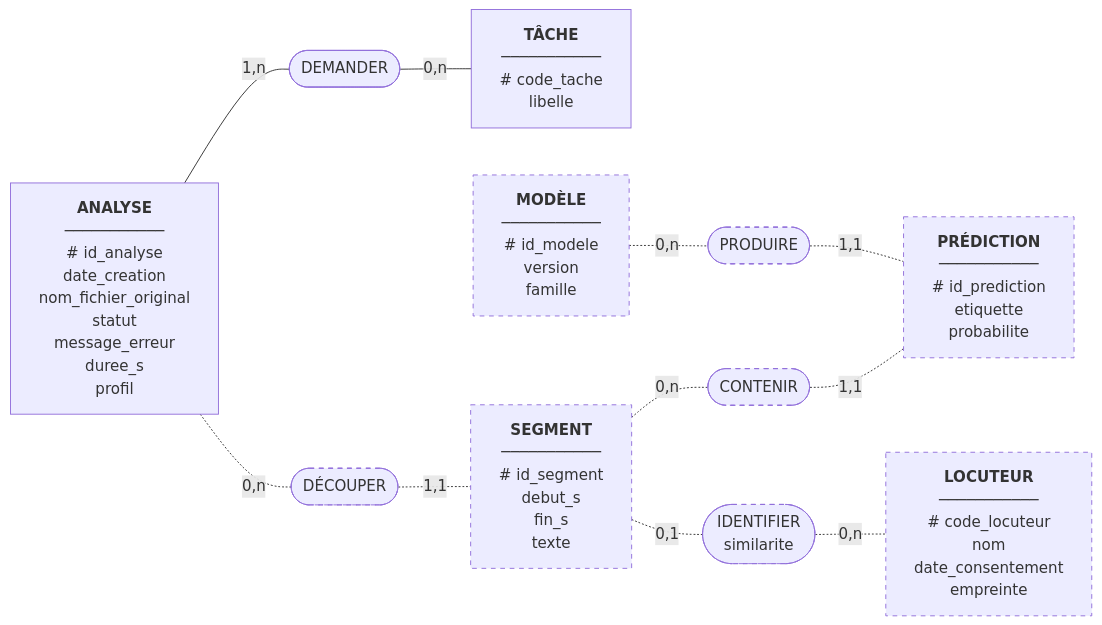
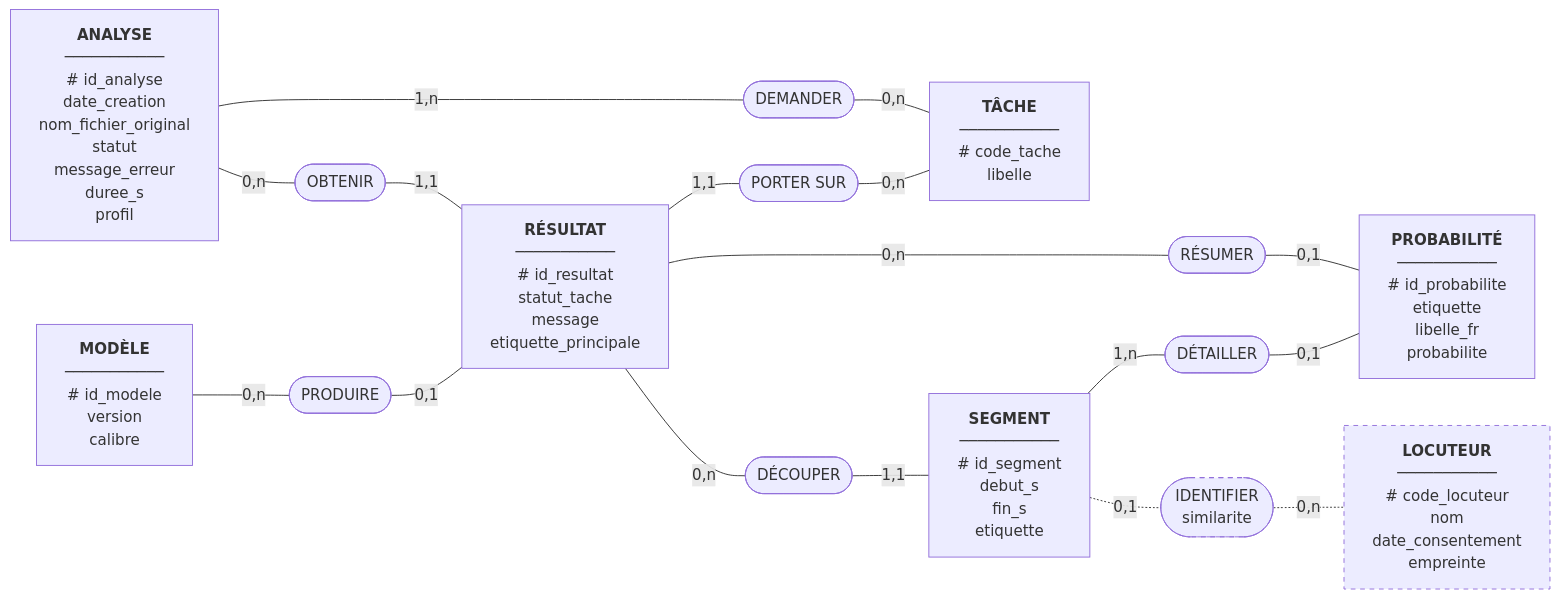
Before and after one commit to mentalist011101/TP_SIGNAL_DS: the diagram in docs/uml/mcd-historique.md, drawn with Mermaid. The commit also changed other lines of this file and 6 other files, not shown here.

First line of the commit message:
docs(uml): met les diagrammes à jour après C13 et la PR #28, et ajoute leur fiche de révision (N3)

````diff
--- a/docs/uml/mcd-historique.md
+++ b/docs/uml/mcd-historique.md
@@ -15,29 +16,39 @@
 ```mermaid
 flowchart LR
     ANALYSE["<b>ANALYSE</b><br>───────────<br># id_analyse<br>date_creation<br>nom_fichier_original<br>statut<br>message_erreur<br>duree_s<br>profil"]
     TACHE["<b>TÂCHE</b><br>───────────<br># code_tache<br>libelle"]
-    SEGMENT["<b>SEGMENT</b><br>───────────<br># id_segment<br>debut_s<br>fin_s<br>texte"]
-    MODELE["<b>MODÈLE</b><br>───────────<br># id_modele<br>version<br>famille"]
-    PREDICTION["<b>PRÉDICTION</b><br>───────────<br># id_prediction<br>etiquette<br>probabilite"]
+    RESULTAT["<b>RÉSULTAT</b><br>───────────<br># id_resultat<br>statut_tache<br>message<br>etiquette_principale"]
+    MODELE["<b>MODÈLE</b><br>───────────<br># id_modele<br>version<br>calibre"]
+    SEGMENT["<b>SEGMENT</b><br>───────────<br># id_segment<br>debut_s<br>fin_s<br>etiquette"]
+    PROBA["<b>PROBABILITÉ</b><br>───────────<br># id_probabilite<br>etiquette<br>libelle_fr<br>probabilite"]
     LOCUTEUR["<b>LOCUTEUR</b><br>───────────<br># code_locuteur<br>nom<br>date_consentement<br>empreinte"]
 
     DEMANDER(["DEMANDER"])
+    OBTENIR(["OBTENIR"])
+    PORTER(["PORTER SUR"])
+    PRODUIRE(["PRODUIRE"])
     DECOUPER(["DÉCOUPER"])
-    CONTENIR(["CONTENIR"])
-    PRODUIRE(["PRODUIRE"])
+    GLOBALE(["RÉSUMER"])
+    DETAILLER(["DÉTAILLER"])
     IDENTIFIER(["IDENTIFIER<br>similarite"])
 
     ANALYSE ---|"1,n"| DEMANDER
     DEMANDER ---|"0,n"| TACHE
-    ANALYSE -.-|"0,n"| DECOUPER
-    DECOUPER -.-|"1,1"| SEGMENT
-    SEGMENT -.-|"0,n"| CONTENIR
-    CONTENIR -.-|"1,1"| PREDICTION
-    MODELE -.-|"0,n"| PRODUIRE
-    PRODUIRE -.-|"1,1"| PREDICTION
+    ANALYSE ---|"0,n"| OBTENIR
+    OBTENIR ---|"1,1"| RESULTAT
+    RESULTAT ---|"1,1"| PORTER
+    PORTER ---|"0,n"| TACHE
+    MODELE ---|"0,n"| PRODUIRE
+    PRODUIRE ---|"0,1"| RESULTAT
+    RESULTAT ---|"0,n"| DECOUPER
+    DECOUPER ---|"1,1"| SEGMENT
+    RESULTAT ---|"0,n"| GLOBALE
+    GLOBALE ---|"0,1"| PROBA
+    SEGMENT ---|"1,n"| DETAILLER
+    DETAILLER ---|"0,1"| PROBA
     SEGMENT -.-|"0,1"| IDENTIFIER
     IDENTIFIER -.-|"0,n"| LOCUTEUR
 
     classDef prevu stroke-dasharray: 5 5
-    class SEGMENT,MODELE,PREDICTION,LOCUTEUR,DECOUPER,CONTENIR,PRODUIRE,IDENTIFIER prevu
+    class LOCUTEUR,IDENTIFIER prevu
 ```
````
